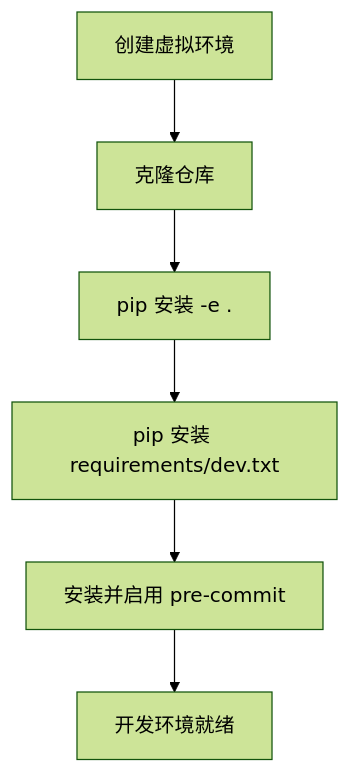
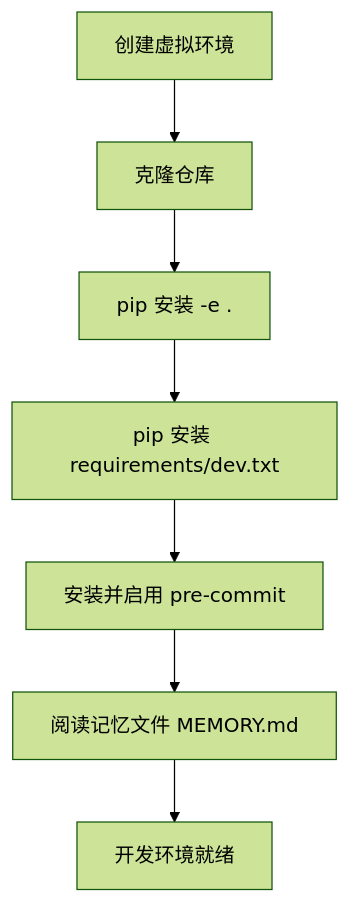
One commit to jianai0330/Fast-F1 changed the fourth of 7 diagrams in .qoder/repowiki/zh/content/开发者指南/开发者指南.md. Above: the diagram before and after it, drawn with Mermaid (forest theme). The commit also changed other lines of this file and 22 other files, not shown here.

````diff
--- a/.qoder/repowiki/zh/content/开发者指南/开发者指南.md
+++ b/.qoder/repowiki/zh/content/开发者指南/开发者指南.md
@@ -166,8 +204,9 @@
 ```mermaid
 flowchart TD
 Env["创建虚拟环境"] --> Clone["克隆仓库"]
 Clone --> InstallDev["pip 安装 -e ."]
 InstallDev --> DevDeps["pip 安装 requirements/dev.txt"]
 DevDeps --> PreCommit["安装并启用 pre-commit"]
-PreCommit --> Ready["开发环境就绪"]
+PreCommit --> Memory["阅读记忆文件 MEMORY.md"]
+Memory --> Ready["开发环境就绪"]
 ```
````
